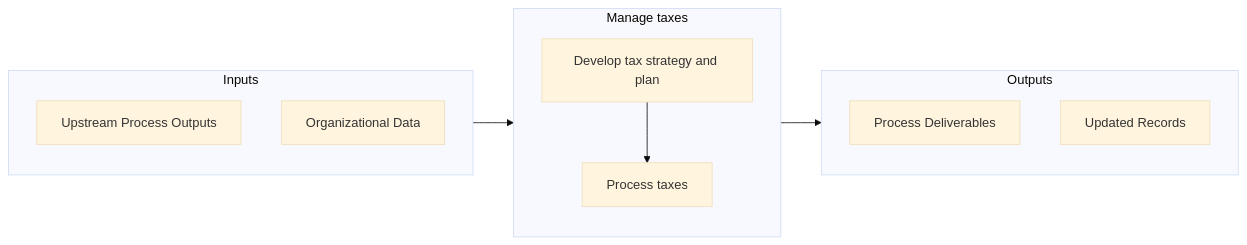
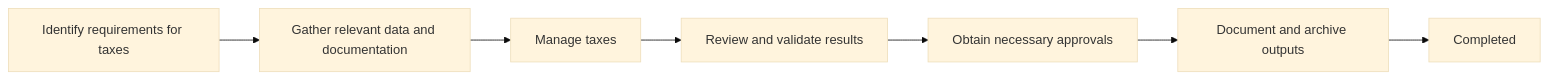
One commit to kziemski/business.org.ai changed the second of 2 diagrams in processes/09-Finance/9.9-ManageTaxes/index.mdx. Above: the diagram before and after it, drawn with Mermaid (base theme). The commit also changed other lines of this file and 1669 other files, not shown here.

````diff
--- a/processes/09-Finance/9.9-ManageTaxes/index.mdx
+++ b/processes/09-Finance/9.9-ManageTaxes/index.mdx
@@ -59,20 +35,9 @@
 ```mermaid
 flowchart LR
-    subgraph Inputs["Inputs"]
-        I1["Upstream Process Outputs"]
-        I2["Organizational Data"]
-    end
-
-    subgraph Process["Manage taxes"]
-        S1["Develop tax strategy and plan"]
-        S2["Process taxes"]
-    end
-
-    subgraph Outputs["Outputs"]
-        O1["Process Deliverables"]
-        O2["Updated Records"]
-    end
-
-    Inputs --> Process --> Outputs
-    S1 --> S2
+    A["Identify requirements for taxes"] --> B["Gather relevant data and documentation"]
+    B --> C["Manage taxes"]
+    C --> D["Review and validate results"]
+    D --> E["Obtain necessary approvals"]
+    E --> F["Document and archive outputs"]
+    F --> G["Completed"]
 ```
````
